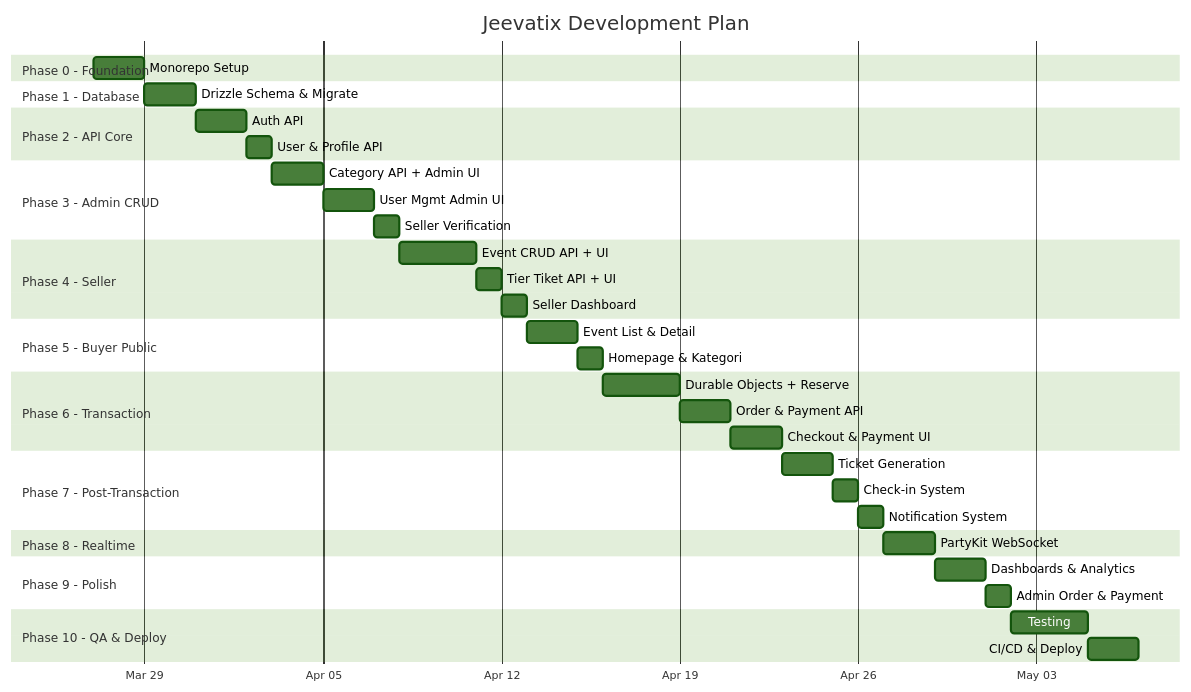
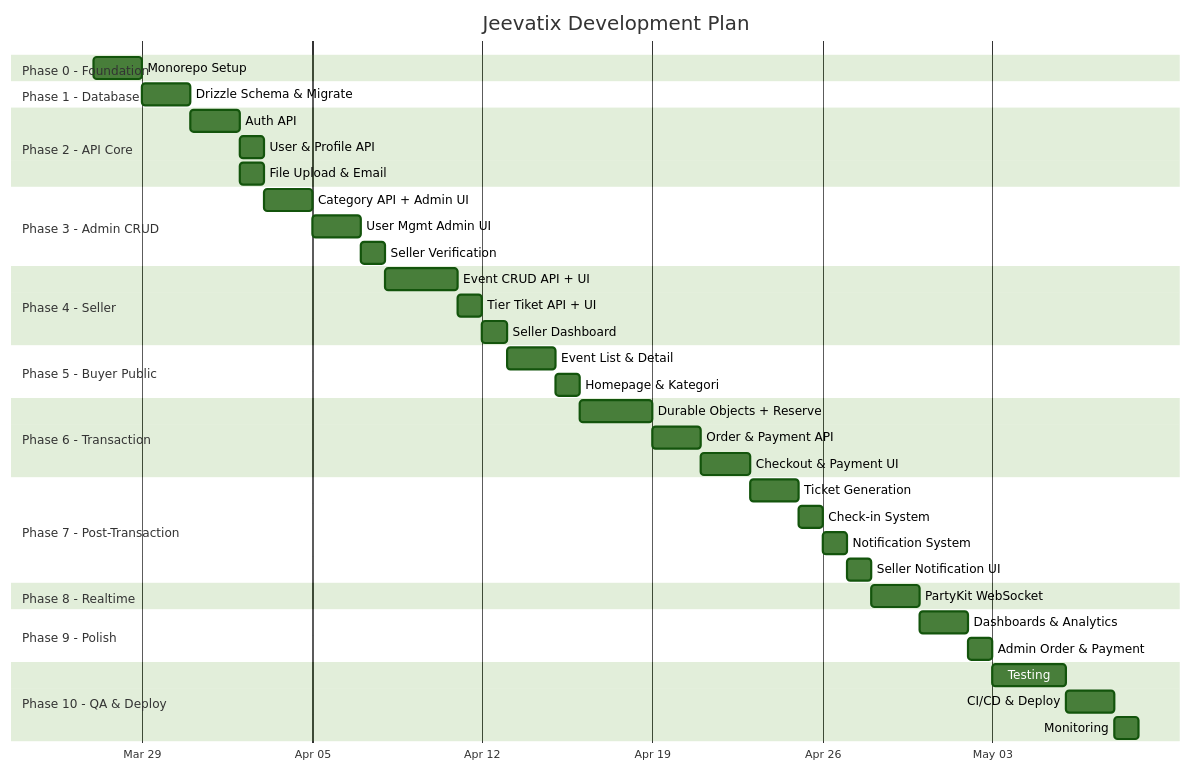
One commit to oppytut/jeevatix changed the first of 2 diagrams in DEVELOPMENT_PLAN.md. Above: the diagram before and after it, drawn with Mermaid (forest theme). The commit also changed other lines of this file and 2 other files, not shown here.

````diff
--- a/DEVELOPMENT_PLAN.md
+++ b/DEVELOPMENT_PLAN.md
@@ -28,51 +28,54 @@
 ```mermaid
 gantt
     title Jeevatix Development Plan
     dateFormat  YYYY-MM-DD
     axisFormat  %b %d
     
     section Phase 0 - Foundation
     Monorepo Setup           :p0, 2026-03-27, 2d
     
     section Phase 1 - Database
     Drizzle Schema & Migrate :p1, after p0, 2d
     
     section Phase 2 - API Core
     Auth API                 :p2a, after p1, 2d
     User & Profile API       :p2b, after p2a, 1d
+    File Upload & Email      :p2c, after p2a, 1d
     
     section Phase 3 - Admin CRUD
     Category API + Admin UI  :p3a, after p2b, 2d
     User Mgmt Admin UI       :p3b, after p3a, 2d
     Seller Verification      :p3c, after p3b, 1d
     
     section Phase 4 - Seller
     Event CRUD API + UI      :p4a, after p3c, 3d
     Tier Tiket API + UI      :p4b, after p4a, 1d
     Seller Dashboard         :p4c, after p4b, 1d
     
     section Phase 5 - Buyer Public
     Event List & Detail      :p5a, after p4c, 2d
     Homepage & Kategori      :p5b, after p5a, 1d
     
     section Phase 6 - Transaction
     Durable Objects + Reserve:p6a, after p5b, 3d
     Order & Payment API      :p6b, after p6a, 2d
     Checkout & Payment UI    :p6c, after p6b, 2d
     
     section Phase 7 - Post-Transaction
     Ticket Generation        :p7a, after p6c, 2d
     Check-in System          :p7b, after p7a, 1d
     Notification System      :p7c, after p7b, 1d
+    Seller Notification UI   :p7d, after p7c, 1d
     
     section Phase 8 - Realtime
-    PartyKit WebSocket       :p8, after p7c, 2d
+    PartyKit WebSocket       :p8, after p7d, 2d
     
     section Phase 9 - Polish
     Dashboards & Analytics   :p9a, after p8, 2d
     Admin Order & Payment    :p9b, after p9a, 1d
     
     section Phase 10 - QA & Deploy
     Testing                  :p10a, after p9b, 3d
     CI/CD & Deploy           :p10b, after p10a, 2d
+    Monitoring               :p10c, after p10b, 1d
 ```
````
